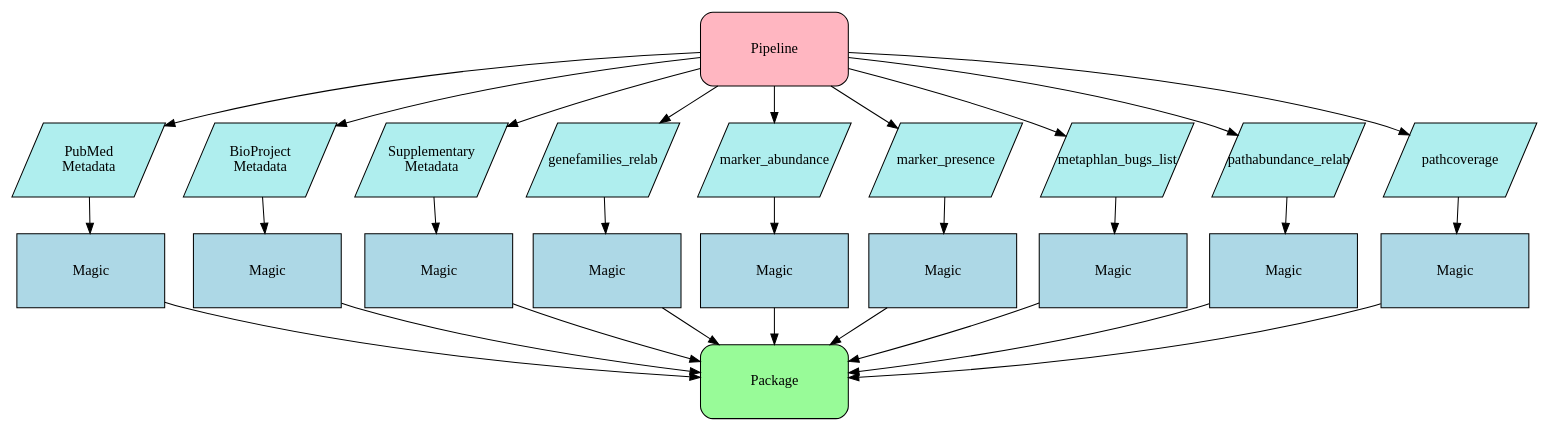
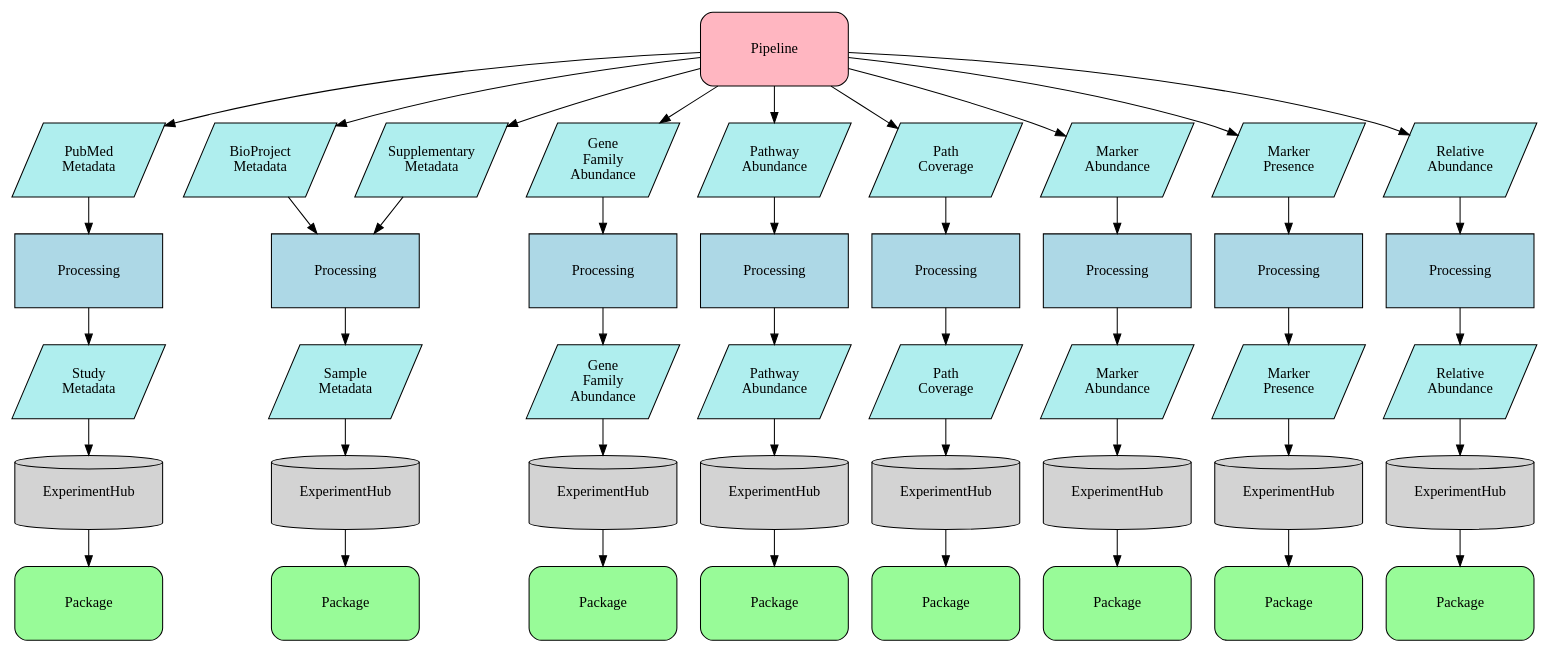
One commit to waldronlab/curatedMetagenomicDataCuration changed the diagram in inst/graphviz/pipeline.gv. Above: the diagram before and after it, drawn with Graphviz. The commit also changed 4 other files, not shown here.

Commit message:
graphviz diagrams nearing completion

```diff
--- a/inst/graphviz/pipeline.gv
+++ b/inst/graphviz/pipeline.gv
@@ -1,56 +1,94 @@
 digraph {
   node [fixedsize=true height=1 width=2]
   
-  node [fillcolor=lightyellow shape=diamond style=filled]
-  //D1001 [label="Decision"]
-  
   node [fillcolor=paleturquoise shape=parallelogram style=filled]
-  //I1001 [label="Input/Output"]
   I1001 [label="PubMed \n Metadata"]
   I1002 [label="BioProject \n Metadata"]
   I1003 [label="Supplementary \n Metadata"]
-  I1004 [label="genefamilies_relab"]
-  I1005 [label="marker_abundance"]
-  I1006 [label="marker_presence"]
-  I1007 [label="metaphlan_bugs_list"]
-  I1008 [label="pathabundance_relab"]
-  I1009 [label="pathcoverage"]
+  I1004 [label="Gene \n Family \n Abundance"]
+  I1005 [label="Pathway \n Abundance"]
+  I1006 [label="Path \n Coverage"]
+  I1007 [label="Marker \n Abundance"]
+  I1008 [label="Marker \n Presence"]
+  I1009 [label="Relative \n Abundance"]
+  I1010 [label="Study \n Metadata"]
+  I1011 [label="Sample \n Metadata"]
   
-  node [fillcolor=pink shape=invtrapezium style=filled]
-  //M1001 [label="Manual Process"]
+  I1012 [label="Gene \n Family \n Abundance"]
+  I1013 [label="Pathway \n Abundance"]
+  I1014 [label="Path \n Coverage"]
+  I1015 [label="Marker \n Abundance"]
+  I1016 [label="Marker \n Presence"]
+  I1017 [label="Relative \n Abundance"]
   
   node [fillcolor=lightblue height=1 shape=rectangle style=filled]
-  //P1001 [label="Process"]
-  P1001 [label="Magic"]
-  P1002 [label="Magic"]
-  P1003 [label="Magic"]
-  P1004 [label="Magic"]
-  P1005 [label="Magic"]
-  P1006 [label="Magic"]
-  P1007 [label="Magic"]
-  P1008 [label="Magic"]
-  P1009 [label="Magic"]
-  
+  P1001 [label="Processing"]
+  P1002 [label="Processing"]
+  P1003 [label="Processing"]
+  P1004 [label="Processing"]
+  P1005 [label="Processing"]
+  P1006 [label="Processing"]
+  P1007 [label="Processing"]
+  P1008 [label="Processing"]
+
   node [fillcolor=lightgray shape=cylinder style=filled]
-  //S1001 [label="Storage"]
+  S1001 [label="ExperimentHub"]
+  S1002 [label="ExperimentHub"]
+  S1003 [label="ExperimentHub"]
+  S1004 [label="ExperimentHub"]
+  S1005 [label="ExperimentHub"]
+  S1006 [label="ExperimentHub"]
+  S1007 [label="ExperimentHub"]
+  S1008 [label="ExperimentHub"]
   
   node [fillcolor=lightpink shape=rectangle style="filled,rounded"]
-  //T1001 [label="Terminator"]
   T1001 [label="Pipeline"]
   
   node [fillcolor=palegreen shape=rectangle style="filled,rounded"]
-  //T2001 [label="Terminator"]
   T2001 [label="Package"]
+  T2002 [label="Package"]
+  T2003 [label="Package"]
+  T2004 [label="Package"]
+  T2005 [label="Package"]
+  T2006 [label="Package"]
+  T2007 [label="Package"]
+  T2008 [label="Package"]
   
   T1001 -> {I1001 I1002 I1003 I1004 I1005 I1006 I1007 I1008 I1009}
+  
   I1001 -> P1001
-  I1002 -> P1002
-  I1003 -> P1003
-  I1004 -> P1004
-  I1005 -> P1005
-  I1006 -> P1006
-  I1007 -> P1007
-  I1008 -> P1008
-  I1009 -> P1009
-  {P1001 P1002 P1003 P1004 P1005 P1006 P1007 P1008 P1009} -> T2001
+  {I1002 I1003} -> P1002
+  I1004 -> P1003
+  I1005 -> P1004
+  I1006 -> P1005
+  I1007 -> P1006
+  I1008 -> P1007
+  I1009 -> P1008
+  
+  P1001 -> I1010
+  P1002 -> I1011
+  P1003 -> I1012
+  P1004 -> I1013
+  P1005 -> I1014
+  P1006 -> I1015
+  P1007 -> I1016
+  P1008 -> I1017
+  
+  I1010 -> S1001
+  I1011 -> S1002
+  I1012 -> S1003
+  I1013 -> S1004
+  I1014 -> S1005
+  I1015 -> S1006
+  I1016 -> S1007
+  I1017 -> S1008
+  
+  S1001 -> T2001
+  S1002 -> T2002
+  S1003 -> T2003
+  S1004 -> T2004
+  S1005 -> T2005
+  S1006 -> T2006
+  S1007 -> T2007
+  S1008 -> T2008
 }
```
